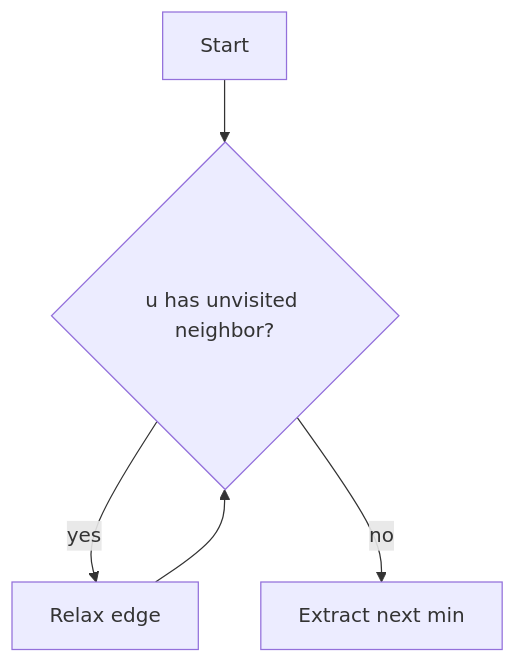
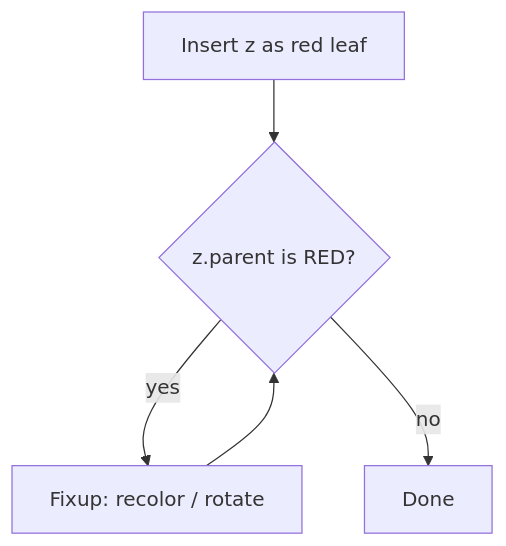
One commit to LikhithST/CS213-293-Data-Structure-and-Algorithms-2025 changed the diagram in algo-scidocs-md/SKILL.md. Above: the diagram before and after it, drawn with Mermaid. The commit also changed other lines of this file, not shown here.

````diff
--- a/algo-scidocs-md/SKILL.md
+++ b/algo-scidocs-md/SKILL.md
@@ -135,7 +147,7 @@
 ```mermaid
 flowchart TD
-    A[Start] --> B{u has unvisited neighbor?}
-    B -- yes --> C[Relax edge]
+    A[Insert z as red leaf] --> B{z.parent is RED?}
+    B -- yes --> C[Fixup: recolor / rotate]
     C --> B
-    B -- no --> D[Extract next min]
+    B -- no --> D[Done]
 ```
````
